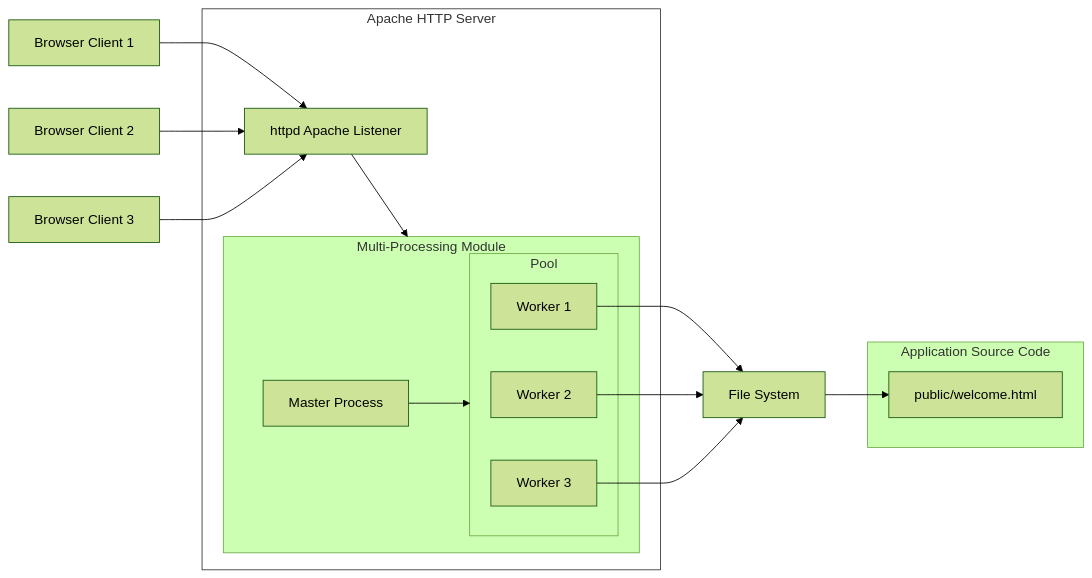
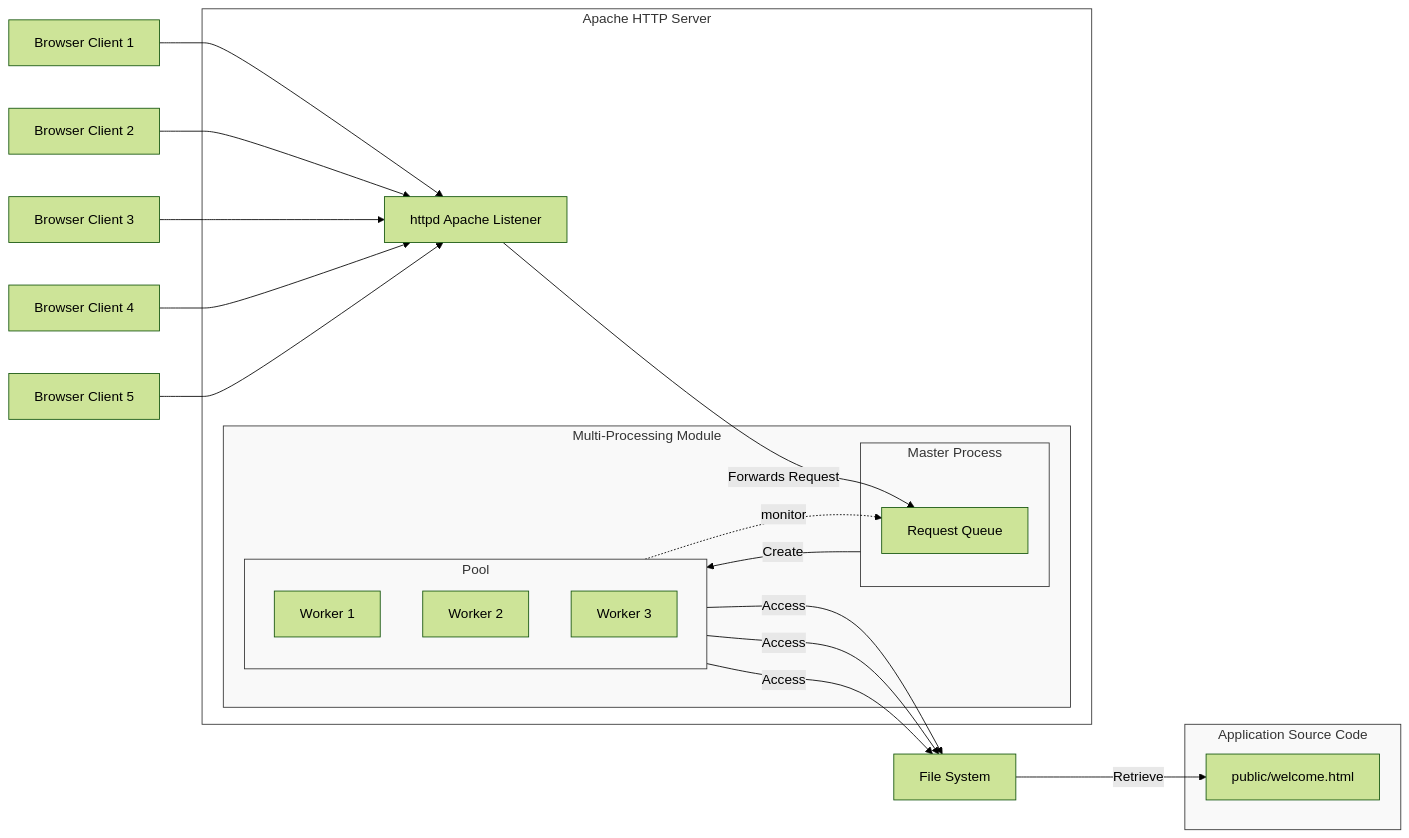
One commit to bytejutsu/report changed the fourth of 6 diagrams in part_2_understanding_web_applications/chapter_2_introduction_to_web_applications/2_web_server.md. Above: the diagram before and after it, drawn with Mermaid (forest theme).

Commit message:
improved web server concurent workers diagram

````diff
--- a/part_2_understanding_web_applications/chapter_2_introduction_to_web_applications/2_web_server.md
+++ b/part_2_understanding_web_applications/chapter_2_introduction_to_web_applications/2_web_server.md
@@ -142,27 +142,38 @@
 ```mermaid
 
 graph LR;
   Browser1[Browser Client 1] --> HttpdModule;
   Browser2[Browser Client 2] --> HttpdModule;
   Browser3[Browser Client 3] --> HttpdModule;
+  Browser4[Browser Client 4] --> HttpdModule;
+  Browser5[Browser Client 5] --> HttpdModule;
   subgraph Apache[Apache HTTP Server]
     style Apache fill:#ffffff00,stroke:#333;
-    HttpdModule[httpd Apache Listener] --> MPM;
+    HttpdModule[httpd Apache Listener] -->|Forwards Request| Queue;
     subgraph MPM[Multi-Processing Module]
-        MasterProcess[Master Process] --> Pool;
+        style MPM fill:#f9f9f9,stroke:#333;
+        subgraph MasterProcess[Master Process]
+            style MasterProcess fill:#f9f9f9,stroke:#333;
+            Queue[Request Queue];
+        end
+        MasterProcess -->|Create| Pool;
+        Worker1 -. monitor .-> Queue;
         subgraph Pool[Pool]
+            direction TB
+            style Pool fill:#f9f9f9,stroke:#333;
             Worker1[Worker 1];
             Worker2[Worker 2];
             Worker3[Worker 3];
         end
     end
   end
-  Worker1 --> FileSystem[File System];
-  Worker2 --> FileSystem;
-  Worker3 --> FileSystem;
-  FileSystem --> WelcomePage[public/welcome.html];
+  Worker1 -->|Access| FileSystem[File System];
+  Worker2 -->|Access| FileSystem;
+  Worker3 -->|Access| FileSystem;
+  FileSystem -->|Retrieve| WelcomePage[public/welcome.html];
   subgraph SourceCode[Application Source Code]
+    style SourceCode fill:#f9f9f9,stroke:#333;
     WelcomePage[public/welcome.html];
   end
 
 ```
````
